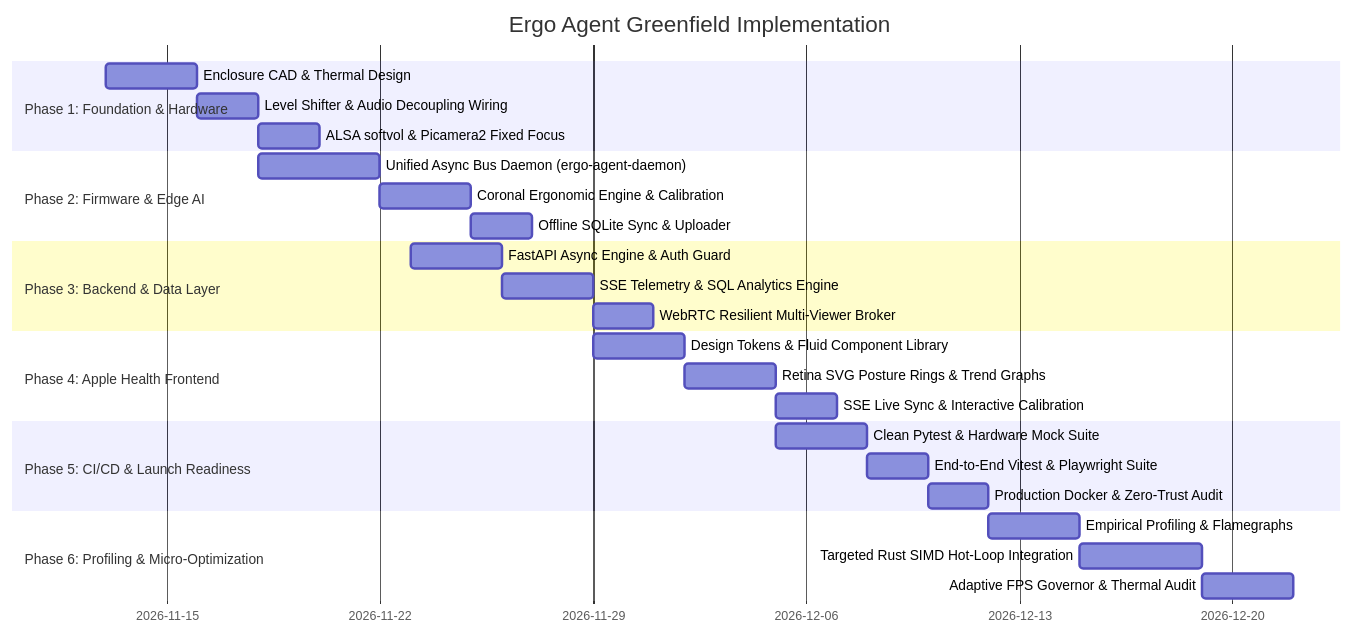
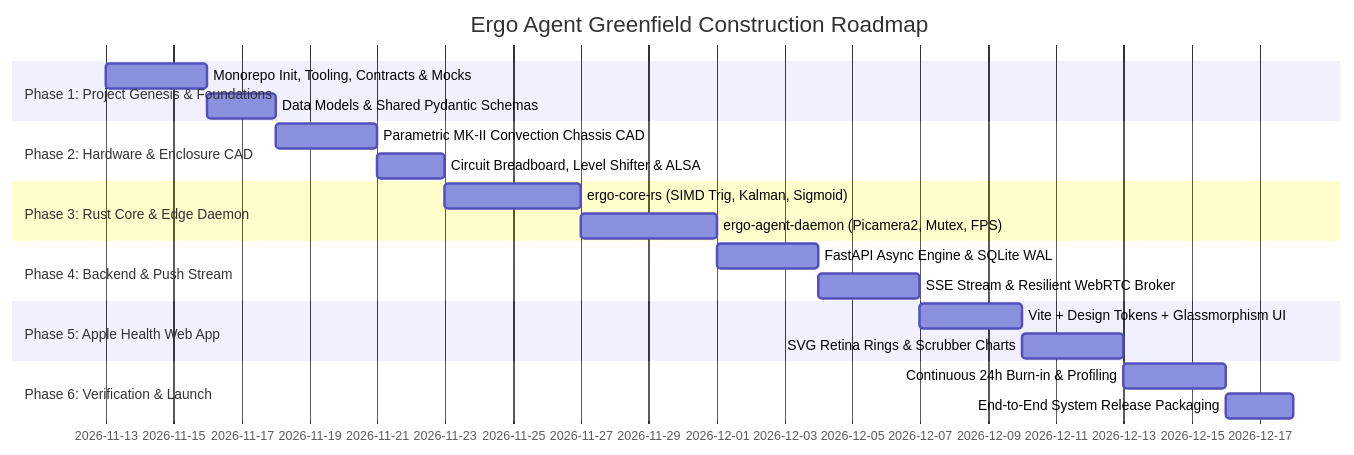
One commit to porchyy/off changed the third of 3 diagrams in REDESIGN_MASTER_PLAN.md. Above: the diagram before and after it, drawn with Mermaid. The commit also changed other lines of this file, not shown here.

Commit message:
docs: reorient master plan to clean-slate genesis for new project Ergo Agent

````diff
--- a/REDESIGN_MASTER_PLAN.md
+++ b/REDESIGN_MASTER_PLAN.md
@@ -562,29 +352,23 @@
 ```mermaid
 gantt
-    title Ergo Agent Greenfield Implementation
+    title Ergo Agent Greenfield Construction Roadmap
     dateFormat  YYYY-MM-DD
-    section Phase 1: Foundation & Hardware
-    Enclosure CAD & Thermal Design           :p1_1, 2026-11-13, 3d
-    Level Shifter & Audio Decoupling Wiring :p1_2, after p1_1, 2d
-    ALSA softvol & Picamera2 Fixed Focus    :p1_3, after p1_2, 2d
-    section Phase 2: Firmware & Edge AI
-    Unified Async Bus Daemon (ergo-agent-daemon) :p2_1, 2026-11-18, 4d
-    Coronal Ergonomic Engine & Calibration   :p2_2, after p2_1, 3d
-    Offline SQLite Sync & Uploader          :p2_3, after p2_2, 2d
-    section Phase 3: Backend & Data Layer
-    FastAPI Async Engine & Auth Guard       :p3_1, 2026-11-23, 3d
-    SSE Telemetry & SQL Analytics Engine    :p3_2, after p3_1, 3d
-    WebRTC Resilient Multi-Viewer Broker    :p3_3, after p3_2, 2d
-    section Phase 4: Apple Health Frontend
-    Design Tokens & Fluid Component Library :p4_1, 2026-11-29, 3d
-    Retina SVG Posture Rings & Trend Graphs :p4_2, after p4_1, 3d
-    SSE Live Sync & Interactive Calibration :p4_3, after p4_2, 2d
-    section Phase 5: CI/CD & Launch Readiness
-    Clean Pytest & Hardware Mock Suite      :p5_1, 2026-12-05, 3d
-    End-to-End Vitest & Playwright Suite    :p5_2, after p5_1, 2d
-    Production Docker & Zero-Trust Audit    :p5_3, after p5_2, 2d
-    section Phase 6: Profiling & Micro-Optimization
-    Empirical Profiling & Flamegraphs       :p6_1, 2026-12-12, 3d
-    Targeted Rust SIMD Hot-Loop Integration :p6_2, after p6_1, 4d
-    Adaptive FPS Governor & Thermal Audit   :p6_3, after p6_2, 3d
+    section Phase 1: Project Genesis & Foundations
+    Monorepo Init, Tooling, Contracts & Mocks  :p1_1, 2026-11-13, 3d
+    Data Models & Shared Pydantic Schemas     :p1_2, after p1_1, 2d
+    section Phase 2: Hardware & Enclosure CAD
+    Parametric MK-II Convection Chassis CAD   :p2_1, 2026-11-18, 3d
+    Circuit Breadboard, Level Shifter & ALSA  :p2_2, after p2_1, 2d
+    section Phase 3: Rust Core & Edge Daemon
+    ergo-core-rs (SIMD Trig, Kalman, Sigmoid) :p3_1, 2026-11-23, 4d
+    ergo-agent-daemon (Picamera2, Mutex, FPS) :p3_2, after p3_1, 4d
+    section Phase 4: Backend & Push Stream
+    FastAPI Async Engine & SQLite WAL         :p4_1, 2026-12-01, 3d
+    SSE Stream & Resilient WebRTC Broker      :p4_2, after p4_1, 3d
+    section Phase 5: Apple Health Web App
+    Vite + Design Tokens + Glassmorphism UI   :p5_1, 2026-12-07, 3d
+    SVG Retina Rings & Scrubber Charts        :p5_2, after p5_1, 3d
+    section Phase 6: Verification & Launch
+    Continuous 24h Burn-in & Profiling        :p6_1, 2026-12-13, 3d
+    End-to-End System Release Packaging       :p6_2, after p6_1, 2d
 ```
````
